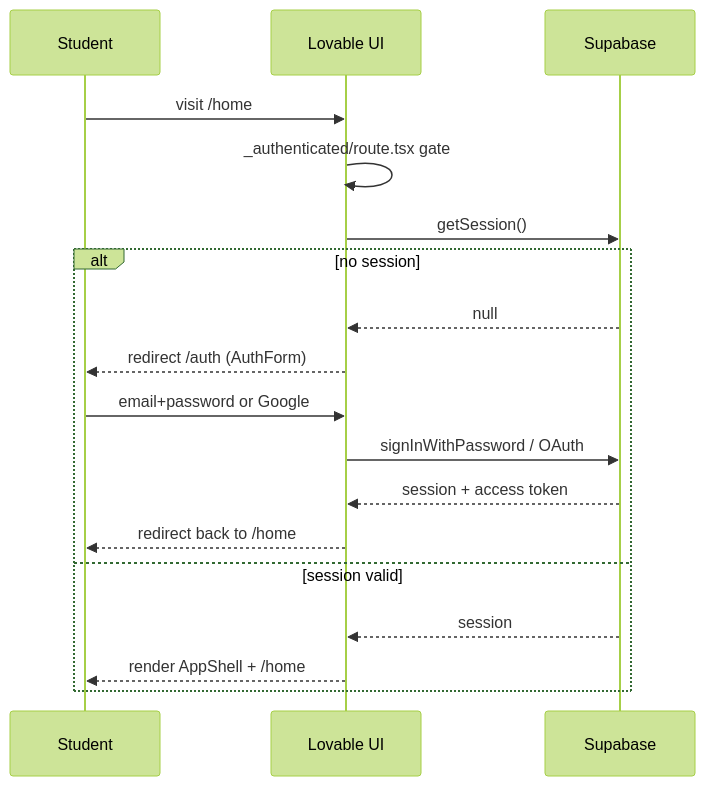
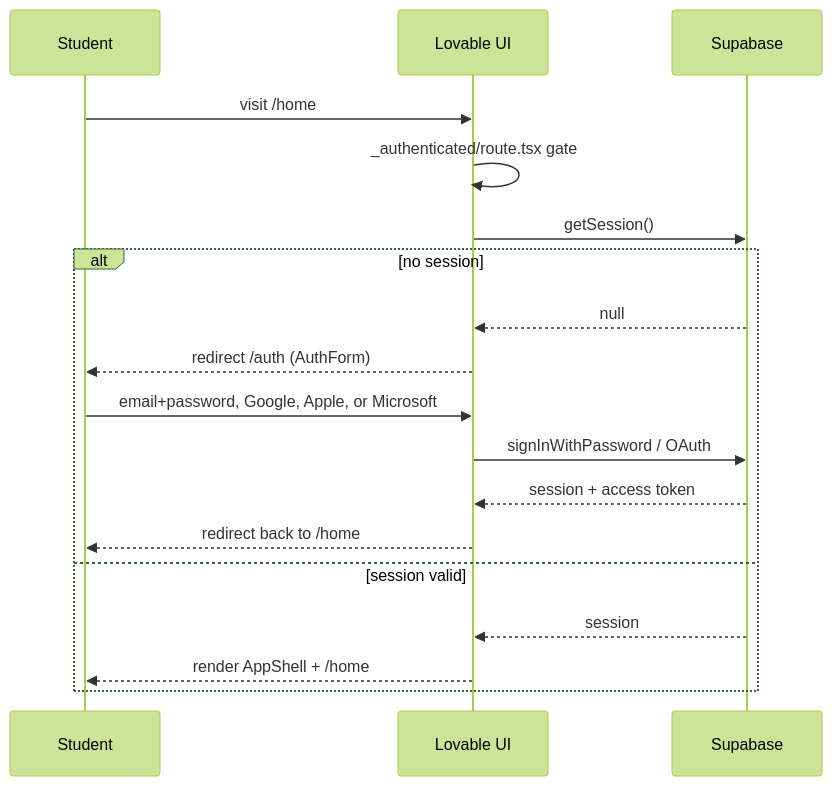
One commit to keyshavmor/study-swiss-star changed the second of 14 diagrams in docs/USER_FLOWS.md. Above: the diagram before and after it, drawn with Mermaid (forest theme). The commit also changed other lines of this file and 118 other files, not shown here.

````diff
--- a/docs/USER_FLOWS.md
+++ b/docs/USER_FLOWS.md
@@ -34,20 +34,20 @@
 ```mermaid
 sequenceDiagram
     participant Student
     participant UI as Lovable UI
     participant SB as Supabase
     Student->>UI: visit /home
     UI->>UI: _authenticated/route.tsx gate
     UI->>SB: getSession()
     alt no session
         SB-->>UI: null
         UI-->>Student: redirect /auth (AuthForm)
-        Student->>UI: email+password or Google
+        Student->>UI: email+password, Google, Apple, or Microsoft
         UI->>SB: signInWithPassword / OAuth
         SB-->>UI: session + access token
         UI-->>Student: redirect back to /home
     else session valid
         SB-->>UI: session
         UI-->>Student: render AppShell + /home
     end
 ```
````
